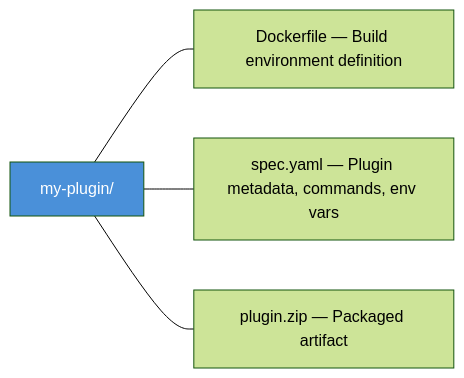
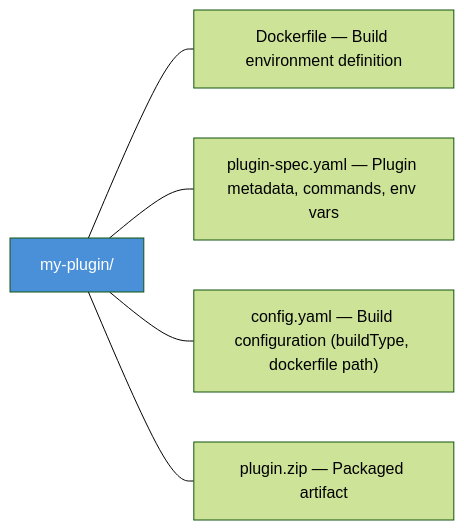
Before and after one commit to mwashburn160/pipeline-builder: the second of 2 diagrams in docs/plugins/README.md, drawn with Mermaid (forest theme). The commit also changed other lines of this file and 434 other files, not shown here.

````diff
--- a/docs/plugins/README.md
+++ b/docs/plugins/README.md
@@ -320,9 +320,10 @@
 ```mermaid
 graph LR
     ROOT["my-plugin/"]
     ROOT --- A["Dockerfile — Build environment definition"]
-    ROOT --- B["spec.yaml — Plugin metadata, commands, env vars"]
-    ROOT --- C["plugin.zip — Packaged artifact"]
+    ROOT --- B["plugin-spec.yaml — Plugin metadata, commands, env vars"]
+    ROOT --- C["config.yaml — Build configuration (buildType, dockerfile path)"]
+    ROOT --- D["plugin.zip — Packaged artifact"]
 
     style ROOT fill:#4A90D9,color:#fff
 ```
````
